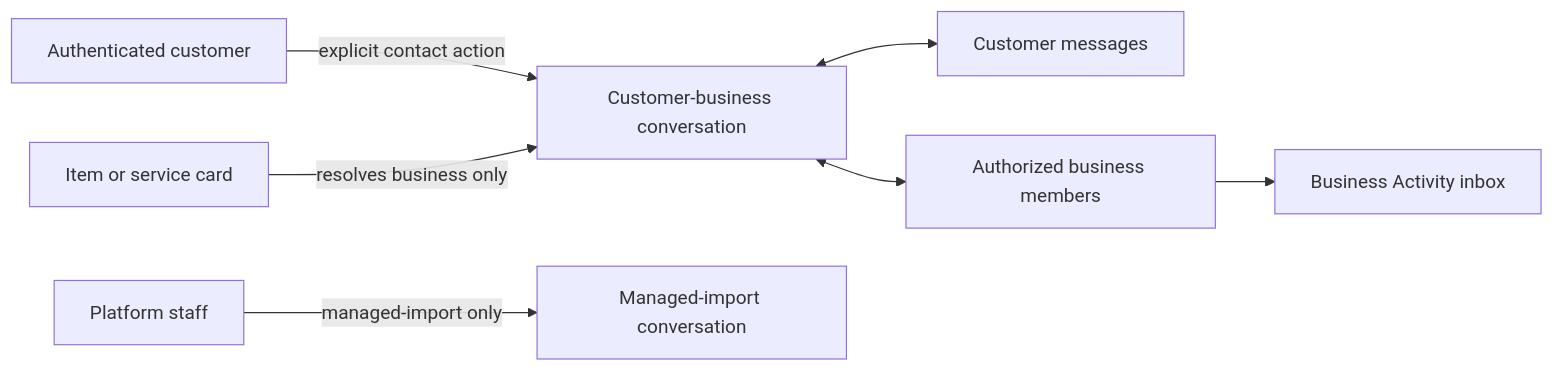
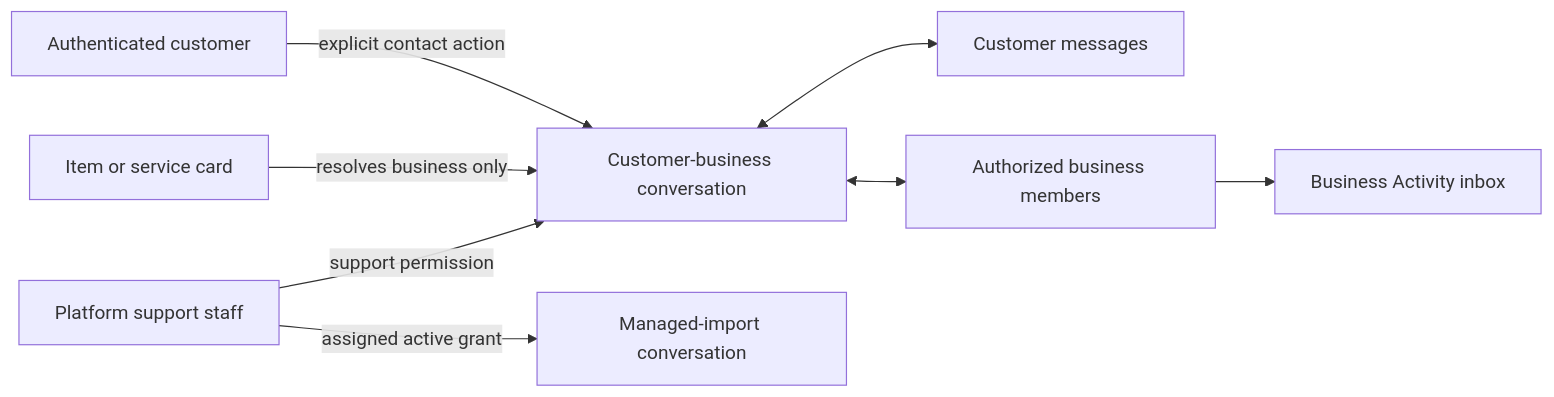
Before and after one commit to Siirio/AskBackend: the diagram in AI_Knowledge/features/messaging/flow.md, drawn with Mermaid. The commit also changed other lines of this file and 113 other files, not shown here.

````diff
--- a/AI_Knowledge/features/messaging/flow.md
+++ b/AI_Knowledge/features/messaging/flow.md
@@ -3,9 +3,10 @@
 ```mermaid
 flowchart LR
     C[Authenticated customer] -->|explicit contact action| K[Customer-business conversation]
     I[Item or service card] -->|resolves business only| K
     K <--> CM[Customer messages]
     K <--> BM[Authorized business members]
     BM --> A[Business Activity inbox]
-    P[Platform staff] -->|managed-import only| MI[Managed-import conversation]
+    P[Platform support staff] -->|support permission| K
+    P -->|assigned active grant| MI[Managed-import conversation]
 ```
````
